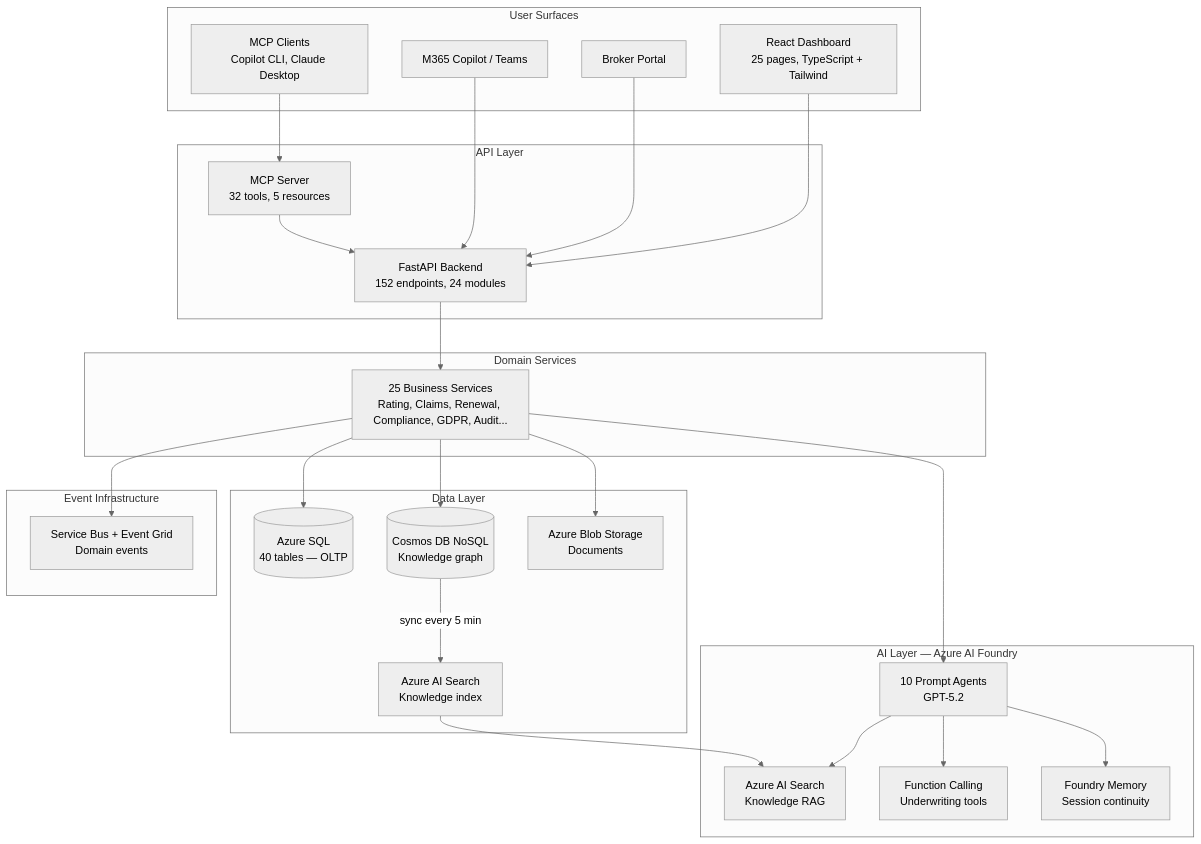
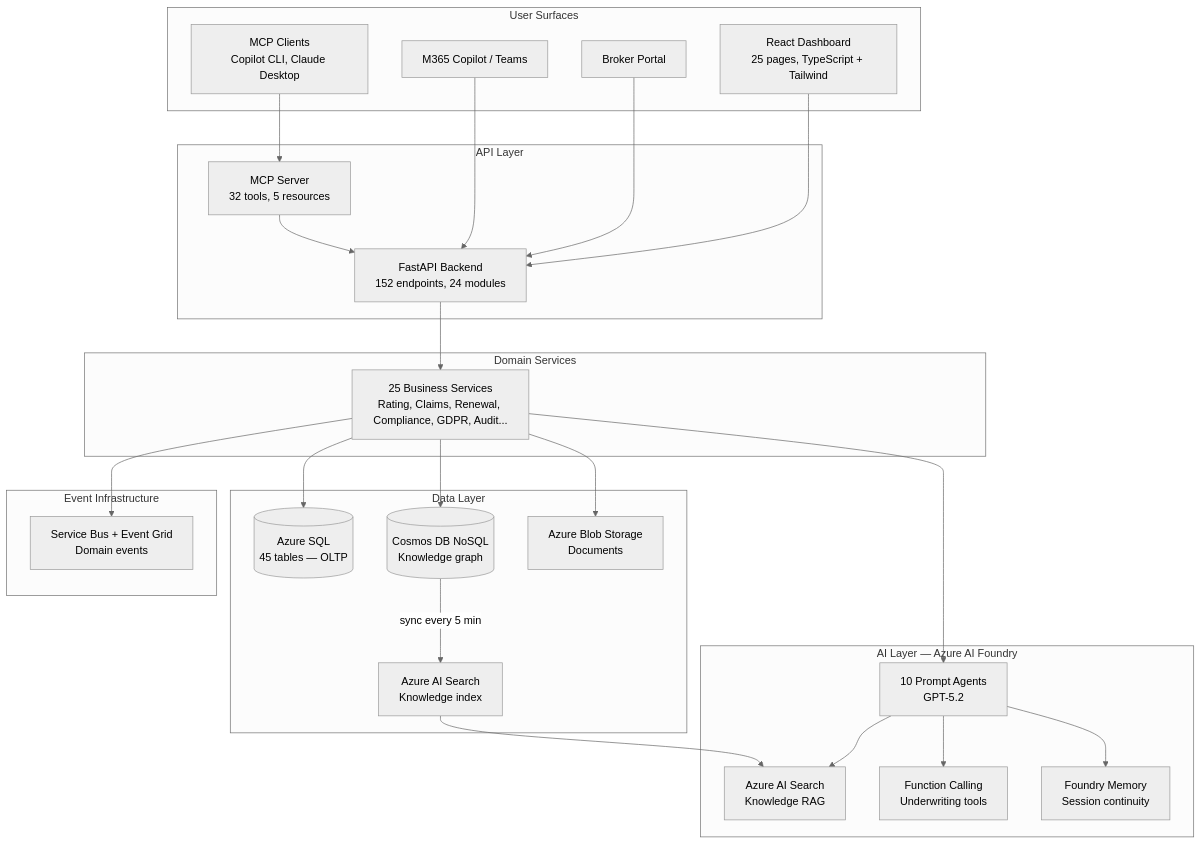
One commit to urosstojkic/openinsure changed the first of 14 diagrams in docs/TECHNICAL_OVERVIEW.md. Above: the diagram before and after it, drawn with Mermaid (neutral theme). The commit also changed other lines of this file and 3 other files, not shown here.

````diff
--- a/docs/TECHNICAL_OVERVIEW.md
+++ b/docs/TECHNICAL_OVERVIEW.md
@@ -43,47 +43,47 @@
 ```mermaid
 graph TB
     subgraph "User Surfaces"
         A[React Dashboard<br/>25 pages, TypeScript + Tailwind]
         B[Broker Portal]
         C[M365 Copilot / Teams]
         D[MCP Clients<br/>Copilot CLI, Claude Desktop]
     end
 
     subgraph "API Layer"
         E[FastAPI Backend<br/>152 endpoints, 24 modules]
         F[MCP Server<br/>32 tools, 5 resources]
     end
 
     subgraph "AI Layer — Azure AI Foundry"
         G[10 Prompt Agents<br/>GPT-5.2]
         H[Azure AI Search<br/>Knowledge RAG]
         I[Function Calling<br/>Underwriting tools]
         J[Foundry Memory<br/>Session continuity]
     end
 
     subgraph "Domain Services"
         K[25 Business Services<br/>Rating, Claims, Renewal, Compliance, GDPR, Audit...]
     end
 
     subgraph "Data Layer"
-        L[(Azure SQL<br/>40 tables — OLTP)]
+        L[(Azure SQL<br/>45 tables — OLTP)]
         M[(Cosmos DB NoSQL<br/>Knowledge graph)]
         N[Azure Blob Storage<br/>Documents]
         O[Azure AI Search<br/>Knowledge index]
     end
 
     subgraph "Event Infrastructure"
         P[Service Bus + Event Grid<br/>Domain events]
     end
 
     A & B & C --> E
     D --> F
     F --> E
     E --> K
     K --> G
     G --> H & I & J
     K --> L & M & N
     M -->|sync every 5 min| O
     O --> H
     K --> P
 ```
````
